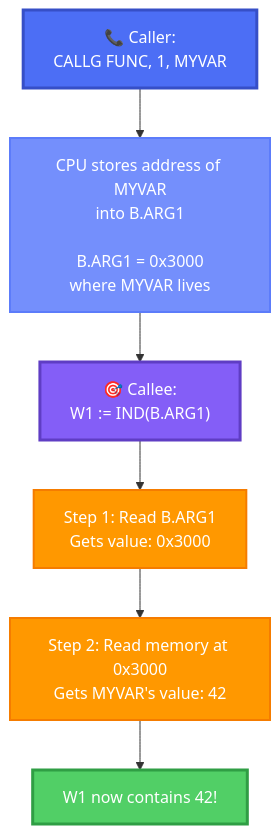
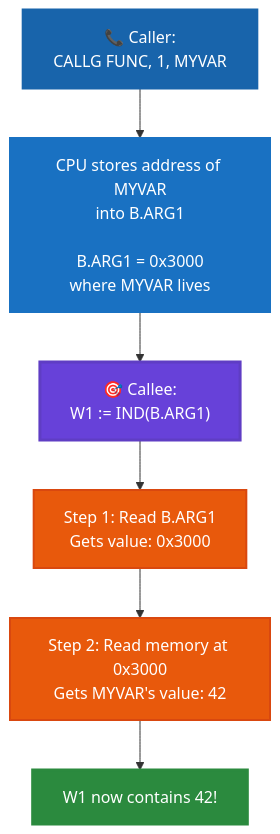
The fourth of 25 diagrams in docs/CALL_and_ENTRY_Points_Explained.md (RetroCoreLabs/nd500x), drawn with Mermaid before and after one commit. The commit also changed other lines of this file, not shown here.

First line of the commit message:
docs: Make Mermaid diagrams WCAG 2.1 Level AA compliant (EAA 2025)

````diff
--- a/docs/CALL_and_ENTRY_Points_Explained.md
+++ b/docs/CALL_and_ENTRY_Points_Explained.md
@@ -118,17 +118,17 @@
 ```mermaid
 flowchart TD
     Caller["📞 Caller:<br/>CALLG FUNC, 1, MYVAR"] --> Store["CPU stores address of MYVAR<br/>into B.ARG1<br/><br/>B.ARG1 = 0x3000<br/>where MYVAR lives"]
 
     Store --> Callee["🎯 Callee:<br/>W1 := IND(B.ARG1)"]
 
     Callee --> Read1["Step 1: Read B.ARG1<br/>Gets value: 0x3000"]
     Read1 --> Read2["Step 2: Read memory at 0x3000<br/>Gets MYVAR's value: 42"]
     Read2 --> Result["W1 now contains 42!"]
 
-    style Caller fill:#4c6ef5,stroke:#364fc7,stroke-width:3px,color:#fff
-    style Store fill:#748ffc,stroke:#5c7cfa,stroke-width:2px,color:#fff
-    style Callee fill:#845ef7,stroke:#5f3dc4,stroke-width:3px,color:#fff
-    style Read1 fill:#ff9800,stroke:#f57c00,stroke-width:2px,color:#fff
-    style Read2 fill:#ff9800,stroke:#f57c00,stroke-width:2px,color:#fff
-    style Result fill:#51cf66,stroke:#2f9e44,stroke-width:3px,color:#fff
+    style Caller fill:#1864ab,stroke:#1864ab,stroke-width:3px,color:#fff
+    style Store fill:#1971c2,stroke:#1971c2,stroke-width:2px,color:#fff
+    style Callee fill:#6741d9,stroke:#5f3dc4,stroke-width:3px,color:#fff
+    style Read1 fill:#e8590c,stroke:#d9480f,stroke-width:2px,color:#fff
+    style Read2 fill:#e8590c,stroke:#d9480f,stroke-width:2px,color:#fff
+    style Result fill:#2b8a3e,stroke:#2b8a3e,stroke-width:3px,color:#fff
 ```
````
